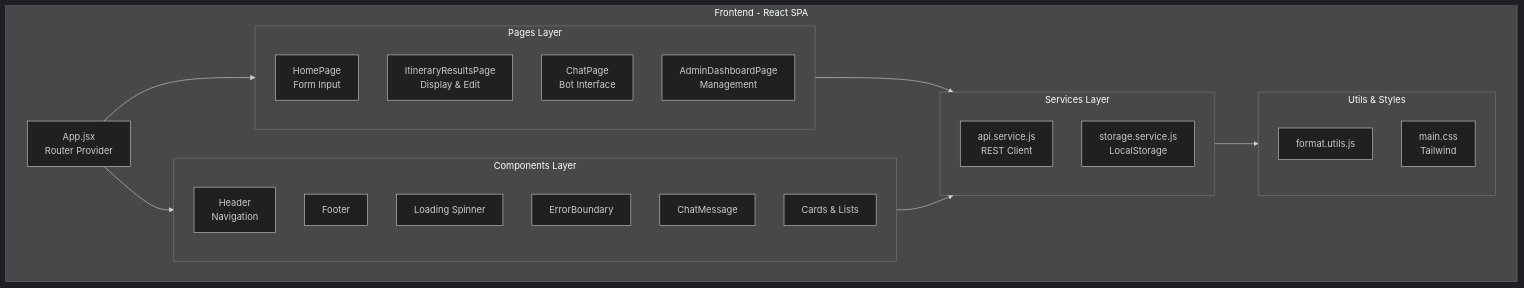
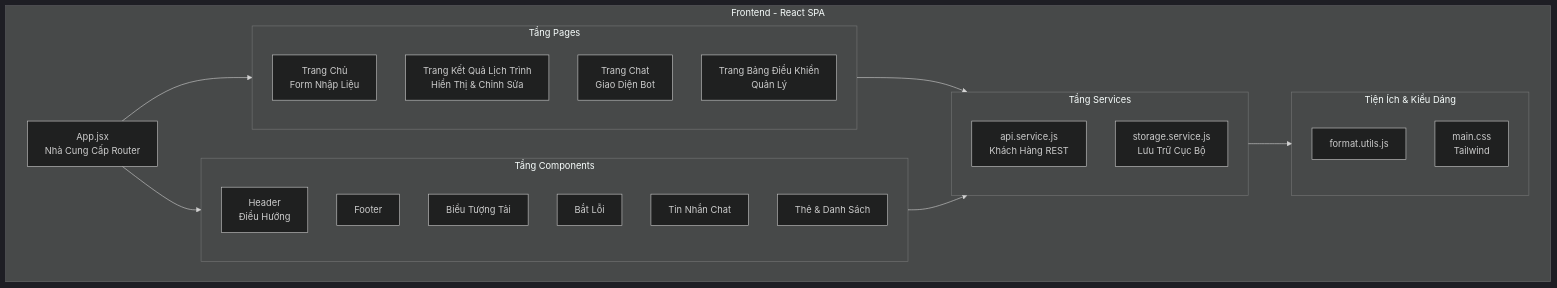
One commit to Doggie-H/Dana-Travel changed the seventh of 10 diagrams in docs/ARCHITECTURE.md. Above: the diagram before and after it, drawn with Mermaid (dark theme). The commit also changed other lines of this file, not shown here.

````diff
--- a/docs/ARCHITECTURE.md
+++ b/docs/ARCHITECTURE.md
@@ -400,38 +400,38 @@
 ```mermaid
 graph TB
     subgraph Frontend["Frontend - React SPA"]
-        App["App.jsx<br/>Router Provider"]
+        App["App.jsx<br/>Nhà Cung Cấp Router"]
 
-        subgraph Pages["Pages Layer"]
-            Home["HomePage<br/>Form Input"]
-            Results["ItineraryResultsPage<br/>Display & Edit"]
-            Chat["ChatPage<br/>Bot Interface"]
-            Admin["AdminDashboardPage<br/>Management"]
+        subgraph Pages["Tầng Pages"]
+            Home["Trang Chủ<br/>Form Nhập Liệu"]
+            Results["Trang Kết Quả Lịch Trình<br/>Hiển Thị & Chỉnh Sửa"]
+            Chat["Trang Chat<br/>Giao Diện Bot"]
+            Admin["Trang Bảng Điều Khiển<br/>Quản Lý"]
         end
 
-        subgraph Components["Components Layer"]
-            Header["Header<br/>Navigation"]
+        subgraph Components["Tầng Components"]
+            Header["Header<br/>Điều Hướng"]
             Footer["Footer"]
-            Loading["Loading Spinner"]
-            ErrorBound["ErrorBoundary"]
-            Messages["ChatMessage"]
-            Cards["Cards & Lists"]
+            Loading["Biểu Tượng Tải"]
+            ErrorBound["Bắt Lỗi"]
+            Messages["Tin Nhắn Chat"]
+            Cards["Thẻ & Danh Sách"]
         end
 
-        subgraph Services["Services Layer"]
-            APIService["api.service.js<br/>REST Client"]
-            StorageService["storage.service.js<br/>LocalStorage"]
+        subgraph Services["Tầng Services"]
+            APIService["api.service.js<br/>Khách Hàng REST"]
+            StorageService["storage.service.js<br/>Lưu Trữ Cục Bộ"]
         end
 
-        subgraph Utils["Utils & Styles"]
+        subgraph Utils["Tiện Ích & Kiểu Dáng"]
             Format["format.utils.js"]
             CSS["main.css<br/>Tailwind"]
         end
     end
 
     App --> Pages
     App --> Components
     Pages --> Services
     Components --> Services
     Services --> Utils
 ```
````
